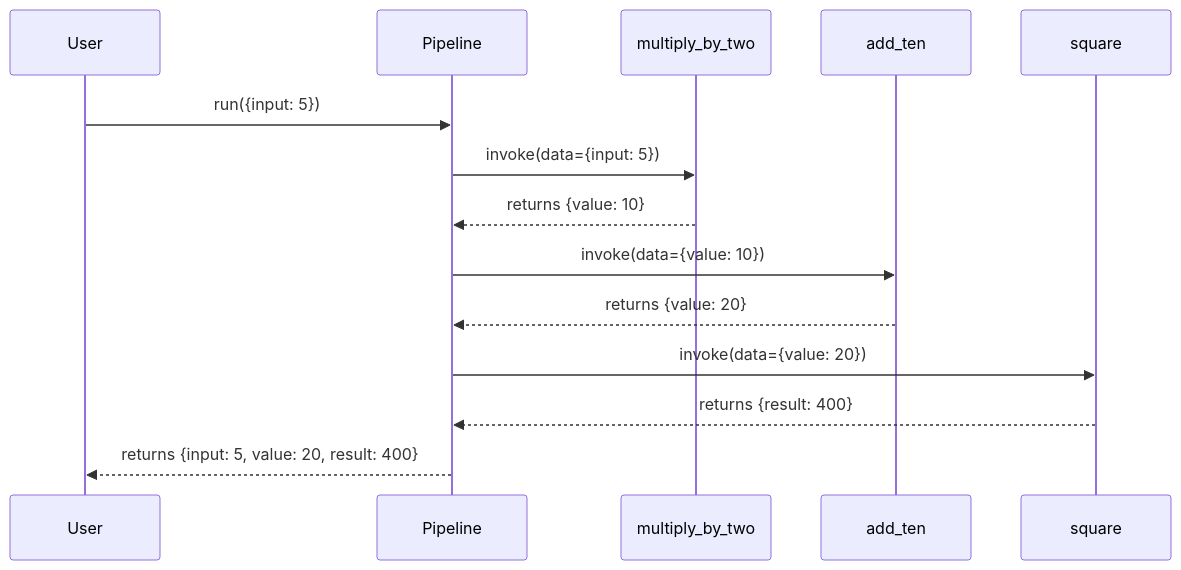
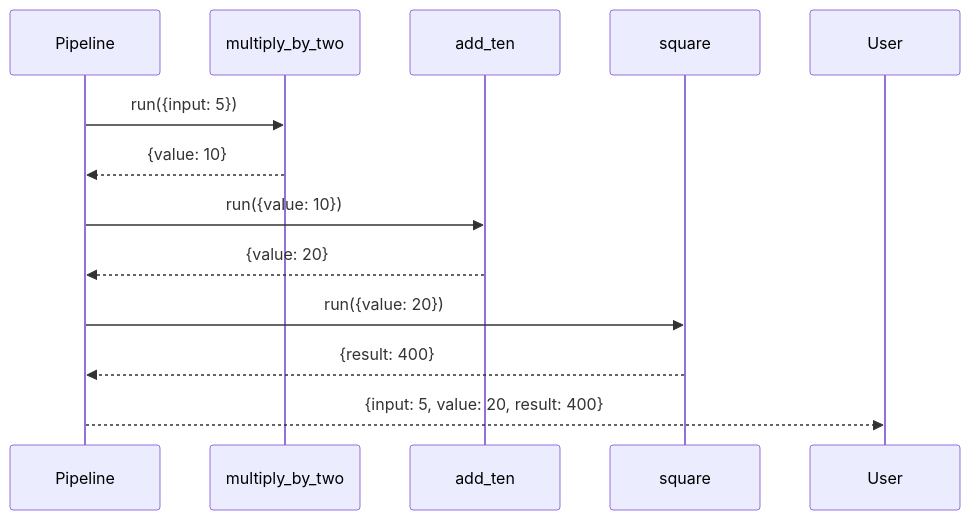
One commit to wisrovi/wpipe changed the second of 3 diagrams in examples/basic_pipeline/01_simple_function/README.md. Above: the diagram before and after it, drawn with Mermaid. The commit also changed other lines of this file and 33 other files, not shown here.

````diff
--- a/examples/basic_pipeline/01_simple_function/README.md
+++ b/examples/basic_pipeline/01_simple_function/README.md
@@ -55,17 +27,15 @@
 ```mermaid
 sequenceDiagram
-    participant User
-    participant Pipeline
-    participant Step1 as multiply_by_two
-    participant Step2 as add_ten
-    participant Step3 as square
+    participant P as Pipeline
+    participant S1 as multiply_by_two
+    participant S2 as add_ten
+    participant S3 as square
     
-    User->>Pipeline: run({input: 5})
-    Pipeline->>Step1: invoke(data={input: 5})
-    Step1-->>Pipeline: returns {value: 10}
-    Pipeline->>Step2: invoke(data={value: 10})
-    Step2-->>Pipeline: returns {value: 20}
-    Pipeline->>Step3: invoke(data={value: 20})
-    Step3-->>Pipeline: returns {result: 400}
-    Pipeline-->>User: returns {input: 5, value: 20, result: 400}
+    P->>S1: run({input: 5})
+    S1-->>P: {value: 10}
+    P->>S2: run({value: 10})
+    S2-->>P: {value: 20}
+    P->>S3: run({value: 20})
+    S3-->>P: {result: 400}
+    P-->>User: {input: 5, value: 20, result: 400}
 ```
````
